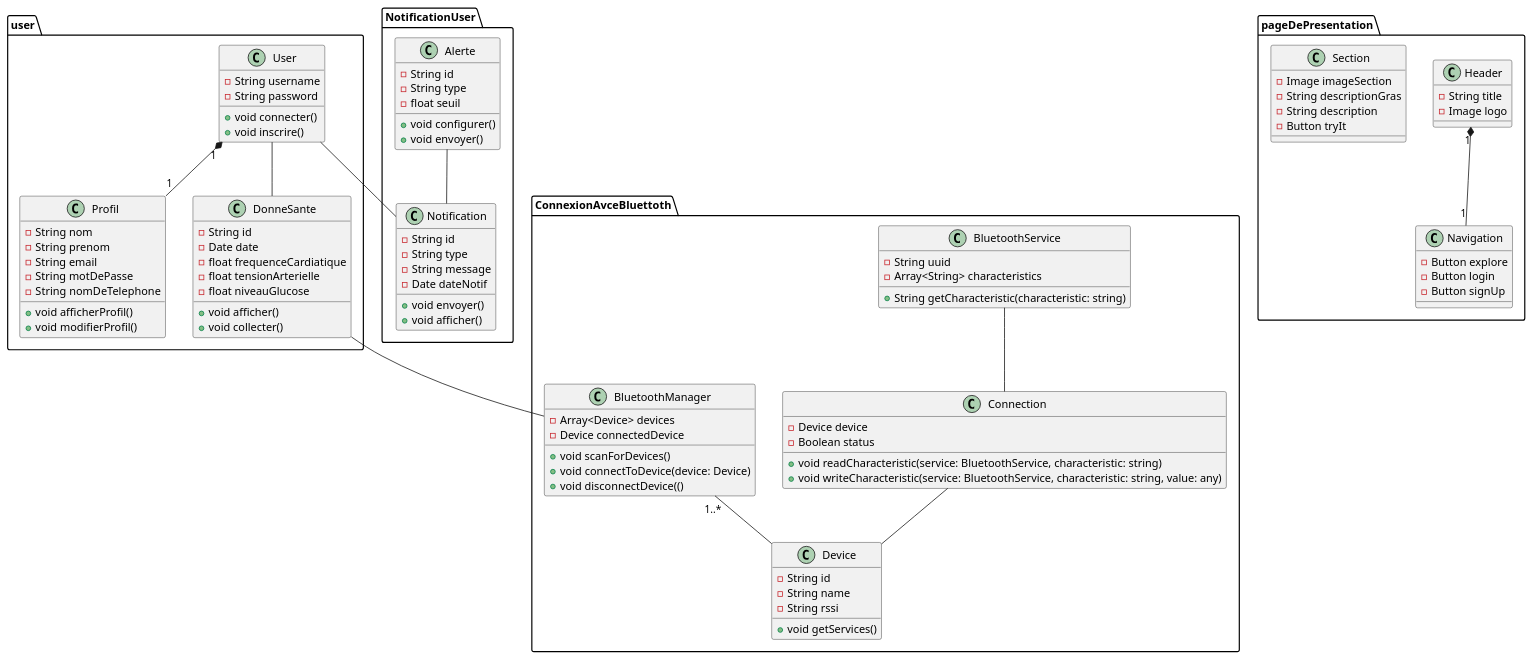
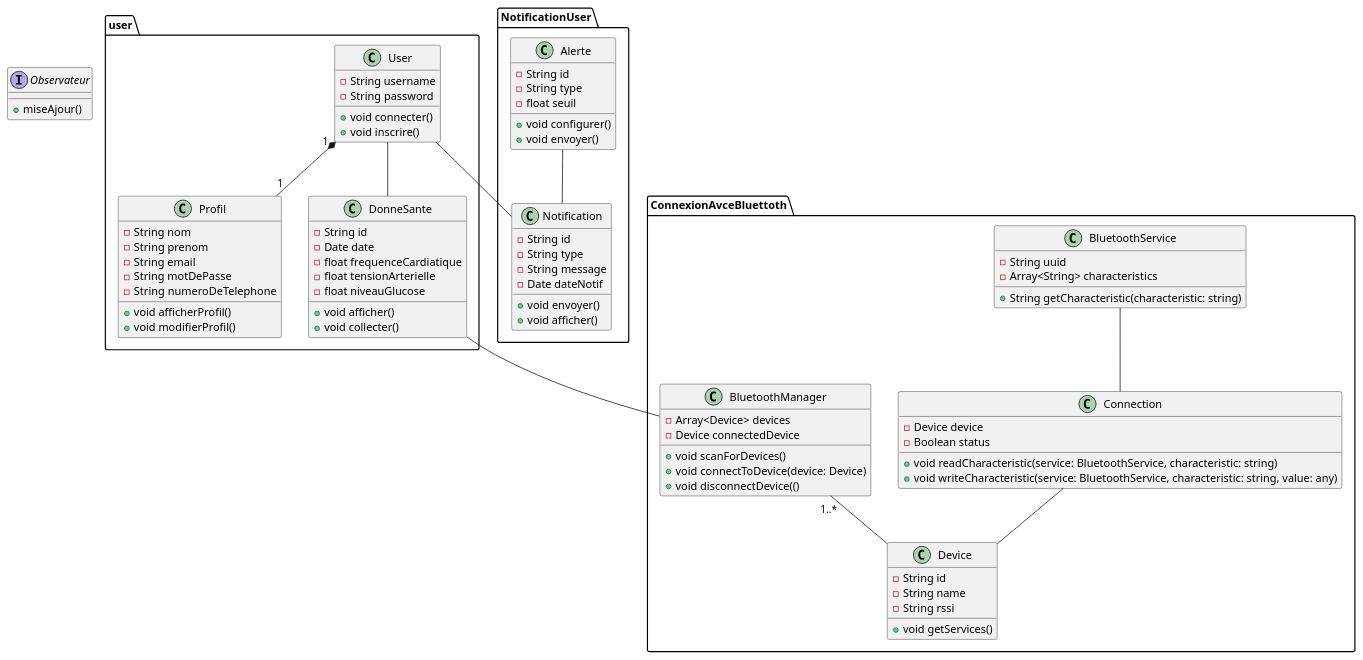
The diagram in docs/conception/conception.puml (mohameml/stageAI), drawn with PlantUML before and after one commit.

```diff
--- a/docs/conception/conception.puml
+++ b/docs/conception/conception.puml
@@ -1,143 +1,145 @@
 @startuml conception
 
 
 package user {
 
     class User {
         - String username 
         - String password 
         + void connecter()
         + void inscrire()
     }
 
     class Profil {
         - String nom 
         - String prenom 
         - String email 
         - String motDePasse
-        - String nomDeTelephone
+        - String numeroDeTelephone
         + void afficherProfil()
         + void modifierProfil()
 
     }
 
 
     class DonneSante {
         - String id 
         - Date date 
         - float frequenceCardiatique
         - float tensionArterielle
         - float niveauGlucose 
         + void afficher()
         + void collecter() 
     }
 
 
     User -- DonneSante
 
 
 }
 
 
 
+interface Observateur {
+    + miseAjour()
+}
 
 
-
-package pageDePresentation {
-    class Header {
-        - String title 
-        - Image logo 
+' package pageDePresentation {
+'     class Header {
+'         - String title 
+'         - Image logo 
         
 
-    }
+'     }
 
-    class Navigation {
-        - Button explore
-        - Button login 
-        - Button signUp
-    }
+'     class Navigation {
+'         - Button explore
+'         - Button login 
+'         - Button signUp
+'     }
 
-    class Section {
-        - Image imageSection
-        - String descriptionGras 
-        - String description
-        - Button tryIt 
-    }
+'     class Section {
+'         - Image imageSection
+'         - String descriptionGras 
+'         - String description
+'         - Button tryIt 
+'     }
 
-    Header "1" *-- "1" Navigation 
-}
+'     Header "1" *-- "1" Navigation 
+' }
 
 
 package NotificationUser {
 
     class Notification {
         - String id 
         - String type 
         - String message 
         - Date dateNotif
         + void envoyer()
         + void afficher()
     }
 
     class Alerte {
         - String id 
         - String type 
         - float seuil 
         + void configurer()
         + void envoyer()
     }
 
 }
 
 
 package ConnexionAvceBluettoth {
 
     class BluetoothManager  {
         - Array<Device> devices
         - Device connectedDevice
         +  void scanForDevices()
         + void connectToDevice(device: Device)
         + void disconnectDevice(()
     }
 
     class Device {
         - String id 
         - String name 
         - String rssi 
         + void getServices()
     }
 
     class Connection {
         - Device device
         - Boolean status
         + void readCharacteristic(service: BluetoothService, characteristic: string)
         + void writeCharacteristic(service: BluetoothService, characteristic: string, value: any)
 
     }
 
     class BluetoothService {
         - String uuid
         - Array<String> characteristics
         + String getCharacteristic(characteristic: string)
     }
 
     BluetoothManager "1..*" -- Device
     Connection  -- Device
     BluetoothService -- Connection
 
 }
 
 
 
 
 
 
 
 User "1" *-- "1" Profil
 DonneSante -- BluetoothManager
 User -- Notification
 Alerte -- Notification
 
 
 
 @enduml
```
